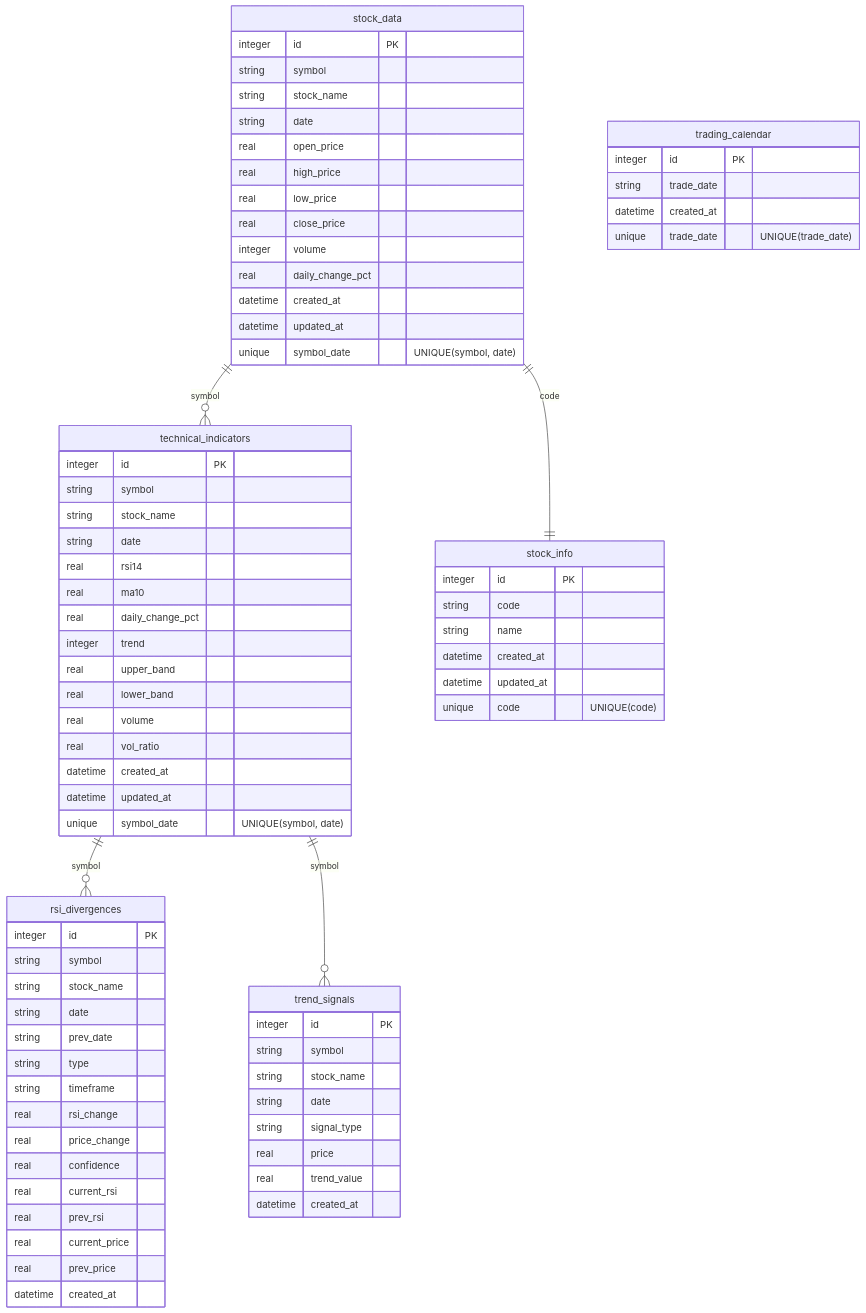
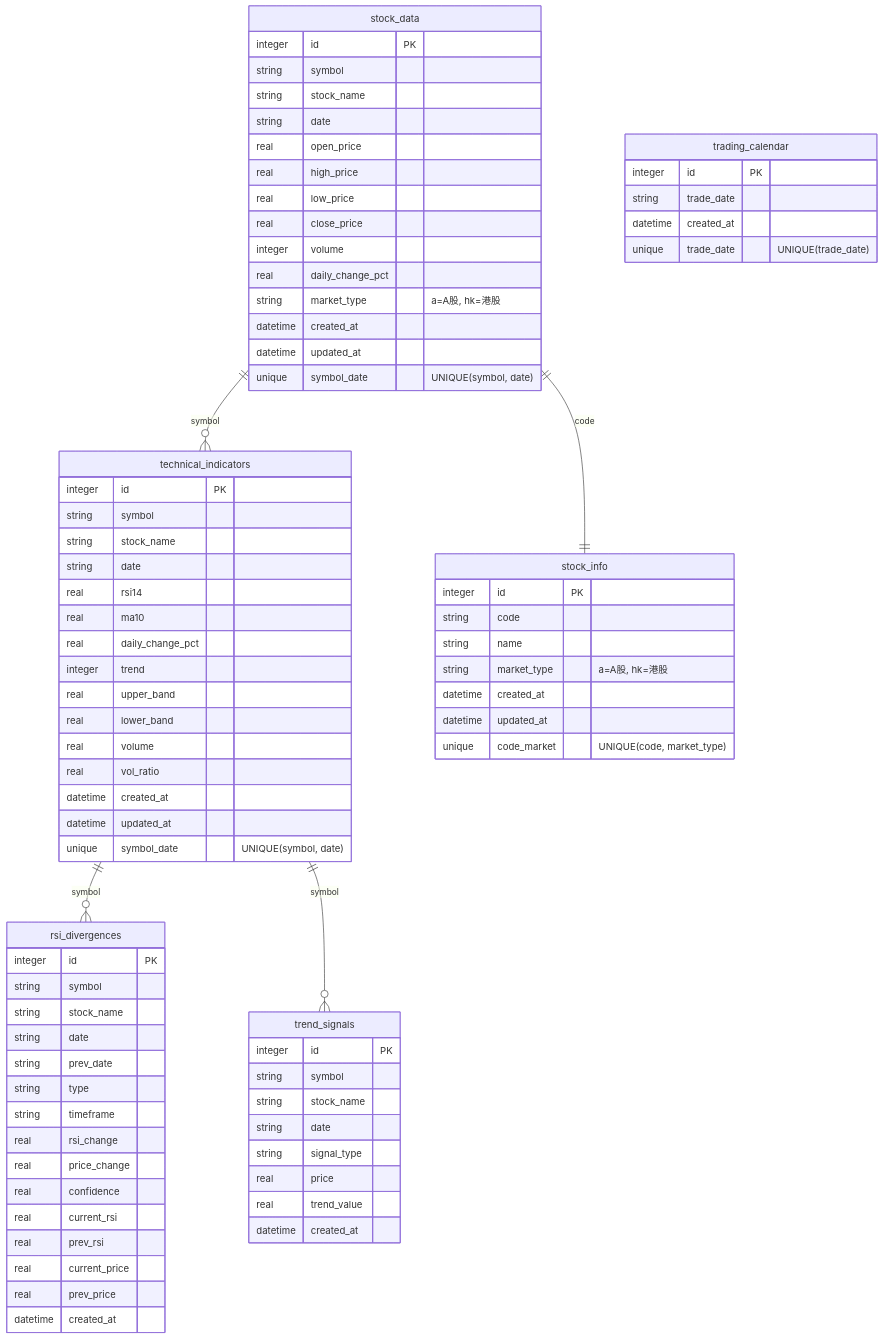
Before and after one commit to jerlinn/PulseTrader: the second of 3 diagrams in Readme.md, drawn with Mermaid. The commit also changed other lines of this file and 19 other files, not shown here.

```diff
--- a/Readme.md
+++ b/Readme.md
@@ -107,6 +108,7 @@
         real close_price
         integer volume
         real daily_change_pct
+        string market_type "a=A股, hk=港股"
         datetime created_at
         datetime updated_at
         unique symbol_date "UNIQUE(symbol, date)"
@@ -163,9 +165,10 @@
         integer id PK
         string code
         string name
+        string market_type "a=A股, hk=港股"
         datetime created_at
         datetime updated_at
-        unique code "UNIQUE(code)"
+        unique code_market "UNIQUE(code, market_type)"
     }
     
     trading_calendar {
```
